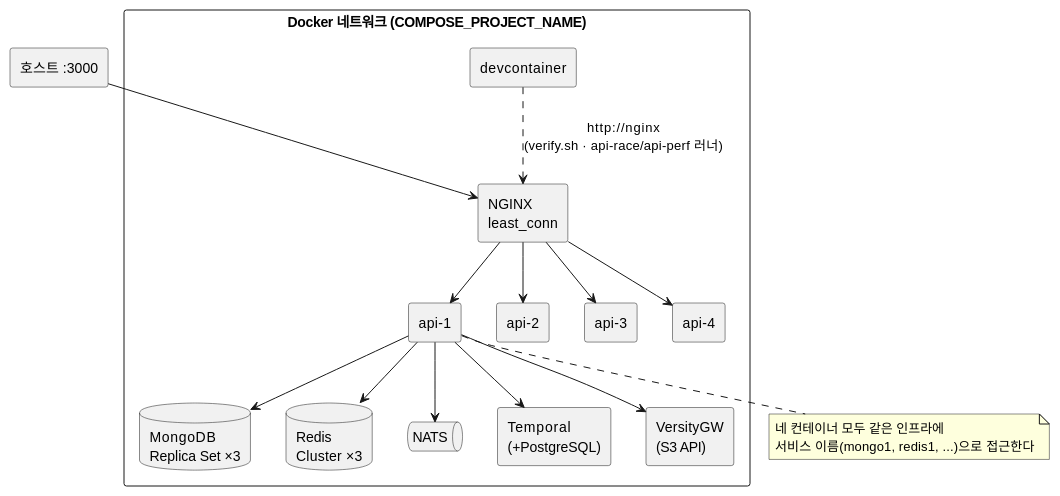
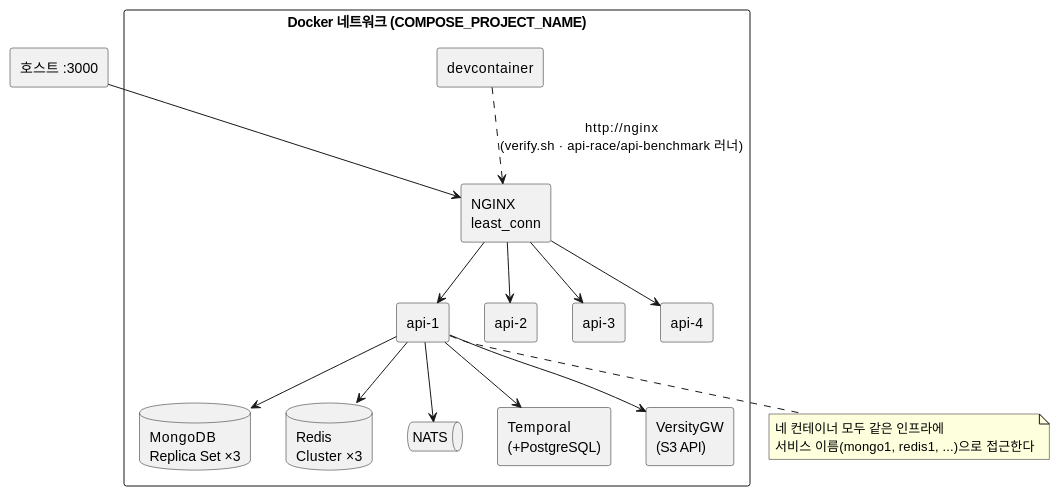
The diagram in docs/deploy.md (mannercode/nest-seed), drawn with PlantUML before and after one commit. The commit also changed other lines of this file and 35 other files, not shown here.

````diff
--- a/docs/deploy.md
+++ b/docs/deploy.md
@@ -11,36 +11,36 @@
 ```plantuml
 @startuml
 skinparam componentStyle rectangle
 
 rectangle "호스트 :3000" as hostport
 rectangle "Docker 네트워크 (COMPOSE_PROJECT_NAME)" {
     [NGINX\nleast_conn] as nginx
     [api-1] as a1
     [api-2] as a2
     [api-3] as a3
     [api-4] as a4
     database "MongoDB\nReplica Set ×3" as mongo
     database "Redis\nCluster ×3" as redis
     queue NATS as nats
     [Temporal\n(+PostgreSQL)] as temporal
     [VersityGW\n(S3 API)] as s3
     [devcontainer] as dev
 }
 
 hostport --> nginx
 nginx --> a1
 nginx --> a2
 nginx --> a3
 nginx --> a4
 a1 --> mongo
 a1 --> redis
 a1 --> nats
 a1 --> temporal
 a1 --> s3
 note bottom of a1
   네 컨테이너 모두 같은 인프라에
   서비스 이름(mongo1, redis1, ...)으로 접근한다
 end note
-dev ..> nginx : http://nginx\n(verify.sh · api-race/api-perf 러너)
+dev ..> nginx : http://nginx\n(verify.sh · api-race/api-benchmark 러너)
 @enduml
 ```
````
